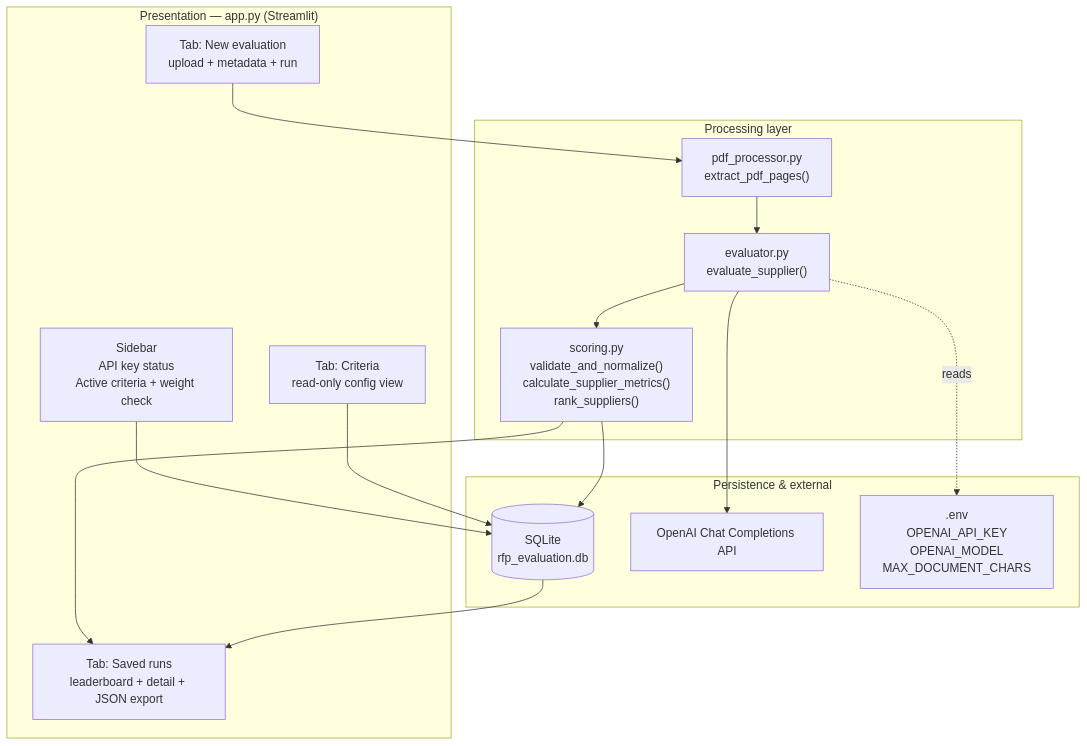
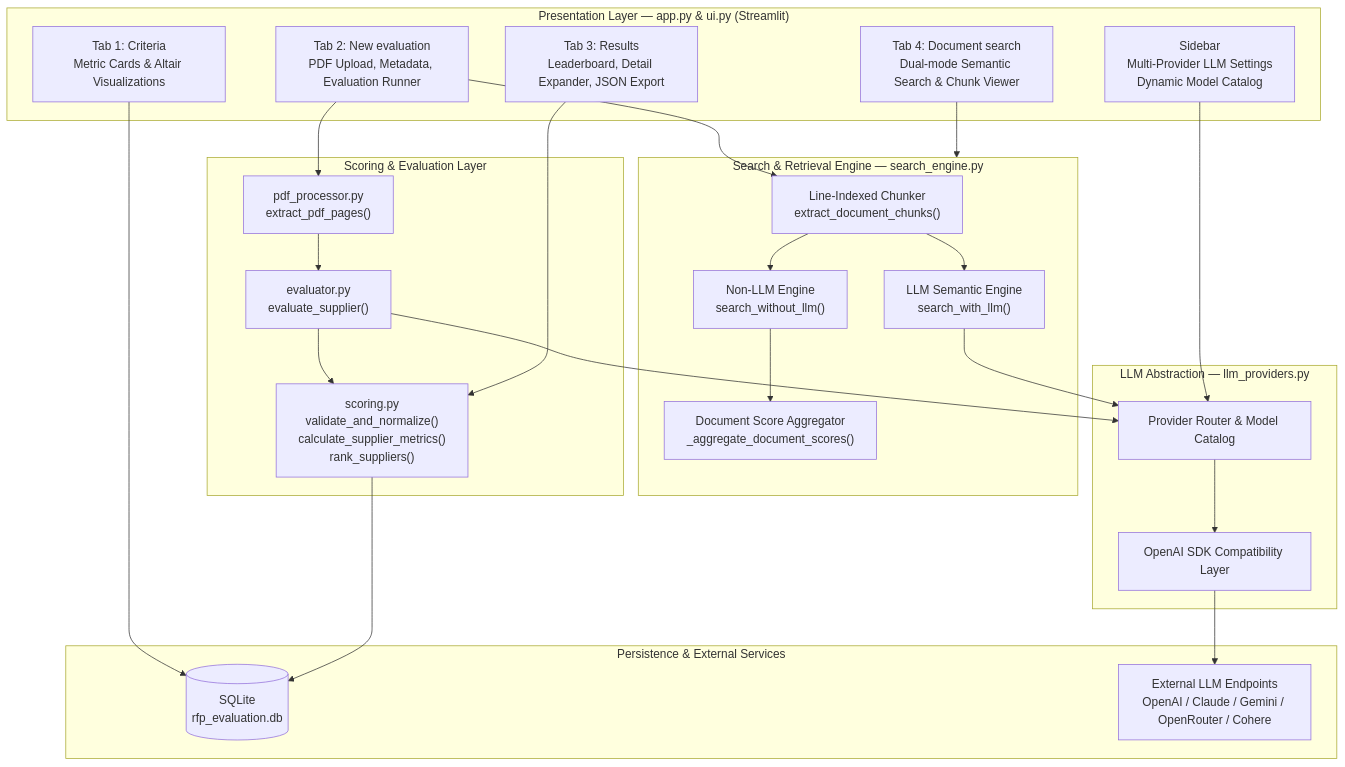
One commit to johriprakhar/AI-Agentic-RFP-Evaluation changed the first of 5 diagrams in TECHNICAL_DOCUMENTATION.md. Above: the diagram before and after it, drawn with Mermaid. The commit also changed other lines of this file and 2 other files, not shown here.

Commit message:
Update README, technical documentation, and requirements.txt for semantic search and UI enhancements

````diff
--- a/TECHNICAL_DOCUMENTATION.md
+++ b/TECHNICAL_DOCUMENTATION.md
@@ -25,30 +26,44 @@
 ```mermaid
 graph TB
-    subgraph UI["Presentation — app.py (Streamlit)"]
-        SB["Sidebar<br/>API key status<br/>Active criteria + weight check"]
-        T1["Tab: New evaluation<br/>upload + metadata + run"]
-        T2["Tab: Saved runs<br/>leaderboard + detail + JSON export"]
-        T3["Tab: Criteria<br/>read-only config view"]
+    subgraph UI["Presentation Layer — app.py & ui.py (Streamlit)"]
+        SB["Sidebar<br/>Multi-Provider LLM Settings<br/>Dynamic Model Catalog"]
+        T1["Tab 1: Criteria<br/>Metric Cards & Altair Visualizations"]
+        T2["Tab 2: New evaluation<br/>PDF Upload, Metadata, Evaluation Runner"]
+        T3["Tab 3: Results<br/>Leaderboard, Detail Expander, JSON Export"]
+        T4["Tab 4: Document search<br/>Dual-mode Semantic Search & Chunk Viewer"]
     end
 
-    subgraph LOGIC["Processing layer"]
+    subgraph SEARCH["Search & Retrieval Engine — search_engine.py"]
+        CHUNKER["Line-Indexed Chunker<br/>extract_document_chunks()"]
+        BM25["Non-LLM Engine<br/>search_without_llm()"]
+        LLM_SEARCH["LLM Semantic Engine<br/>search_with_llm()"]
+        DOC_RANK["Document Score Aggregator<br/>_aggregate_document_scores()"]
+    end
+
+    subgraph LOGIC["Scoring & Evaluation Layer"]
         PDF["pdf_processor.py<br/>extract_pdf_pages()"]
         EVAL["evaluator.py<br/>evaluate_supplier()"]
         SCORE["scoring.py<br/>validate_and_normalize()<br/>calculate_supplier_metrics()<br/>rank_suppliers()"]
     end
 
-    subgraph DATA["Persistence & external"]
-        DB[("SQLite<br/>rfp_evaluation.db")]
-        API["OpenAI Chat Completions API"]
-        ENV[".env<br/>OPENAI_API_KEY<br/>OPENAI_MODEL<br/>MAX_DOCUMENT_CHARS"]
+    subgraph PROVIDERS["LLM Abstraction — llm_providers.py"]
+        ROUTER["Provider Router & Model Catalog"]
+        CLIENT["OpenAI SDK Compatibility Layer"]
     end
 
-    T1 --> PDF --> EVAL --> SCORE
-    SCORE --> DB
-    SB --> DB
-    T3 --> DB
-    EVAL --> API
-    EVAL -.reads.-> ENV
-    SCORE --> T2
-    DB --> T2
+    subgraph DATA["Persistence & External Services"]
+        DB[("SQLite<br/>rfp_evaluation.db")]
+        EXT_API["External LLM Endpoints<br/>OpenAI / Claude / Gemini / OpenRouter / Cohere"]
+    end
+
+    T1 --> DB
+    T2 --> PDF --> EVAL --> SCORE --> DB
+    T2 --> CHUNKER
+    T3 --> SCORE
+    T4 --> SEARCH
+    CHUNKER --> BM25 --> DOC_RANK
+    CHUNKER --> LLM_SEARCH --> ROUTER
+    EVAL --> ROUTER
+    ROUTER --> CLIENT --> EXT_API
+    SB --> ROUTER
 ```
````
